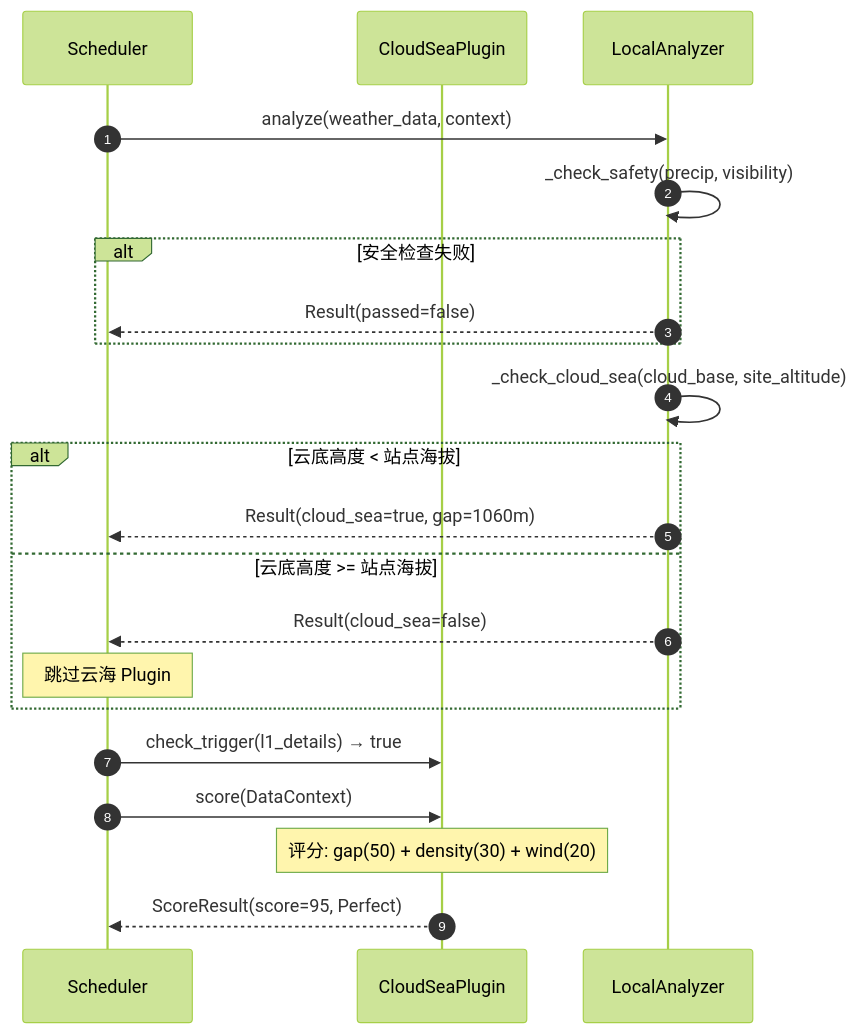
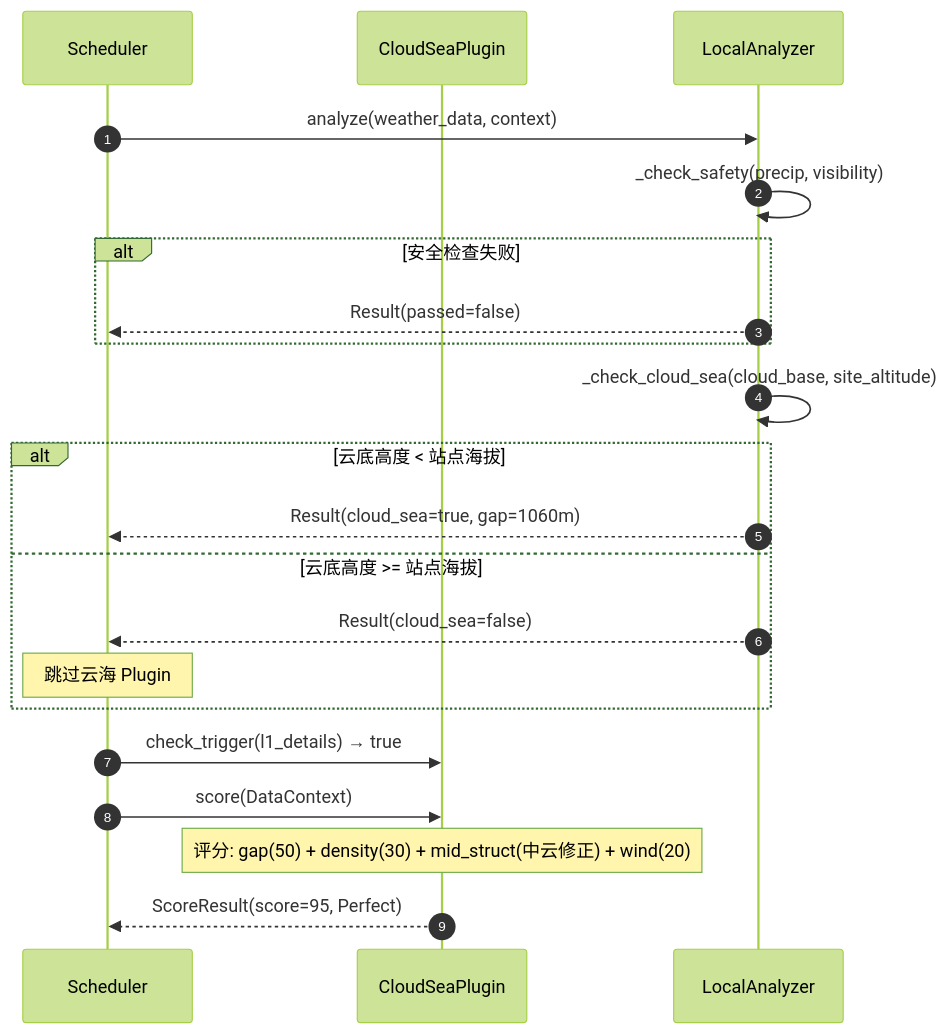
Before and after one commit to mpb159753/golden-moment-predictor: the seventh of 9 diagrams in design/06-class-sequence.md, drawn with Mermaid (forest theme). The commit also changed other lines of this file and 18 other files, not shown here.

````diff
--- a/design/06-class-sequence.md
+++ b/design/06-class-sequence.md
@@ -420,26 +436,26 @@
 ```mermaid
 sequenceDiagram
     autonumber
     participant S as Scheduler
     participant P as CloudSeaPlugin
     participant LA as LocalAnalyzer
 
     S->>LA: analyze(weather_data, context)
     LA->>LA: _check_safety(precip, visibility)
     alt 安全检查失败
         LA-->>S: Result(passed=false)
     end
 
     LA->>LA: _check_cloud_sea(cloud_base, site_altitude)
     alt 云底高度 < 站点海拔
         LA-->>S: Result(cloud_sea=true, gap=1060m)
     else 云底高度 >= 站点海拔
         LA-->>S: Result(cloud_sea=false)
         Note over S: 跳过云海 Plugin
     end
 
     S->>P: check_trigger(l1_details) → true
     S->>P: score(DataContext)
-    Note over P: 评分: gap(50) + density(30) + wind(20)
+    Note over P: 评分: gap(50) + density(30) + mid_struct(中云修正) + wind(20)
     P-->>S: ScoreResult(score=95, Perfect)
 ```
````
